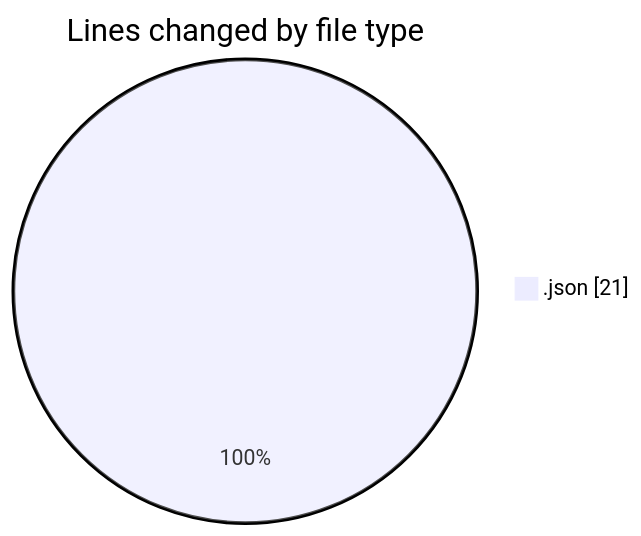
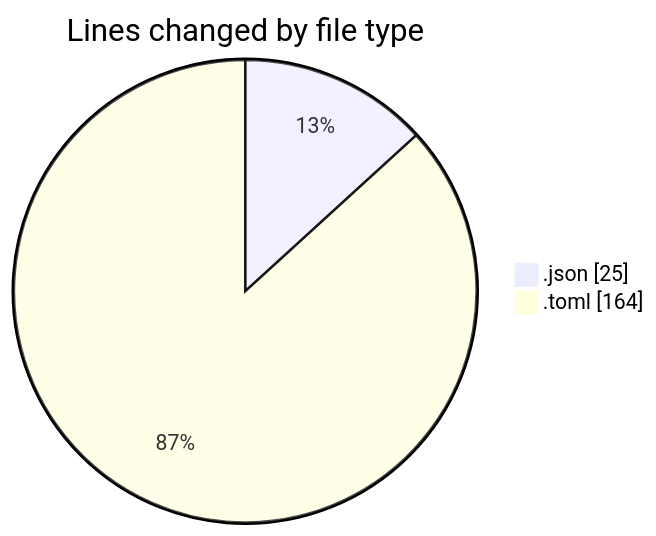
One commit to EIIisD/code-tracking changed the first of 2 diagrams in 2025-09-01/mcp-demo/README.md. Above: the diagram before and after it, drawn with Mermaid. The commit also changed other lines of this file and 1 other file, not shown here.

````diff
--- a/2025-09-01/mcp-demo/README.md
+++ b/2025-09-01/mcp-demo/README.md
@@ -21,5 +22,6 @@
 ```mermaid
 pie showData
 title Lines changed by file type
-".json" : 21
+".json" : 25
+".toml" : 164
 ```
````
